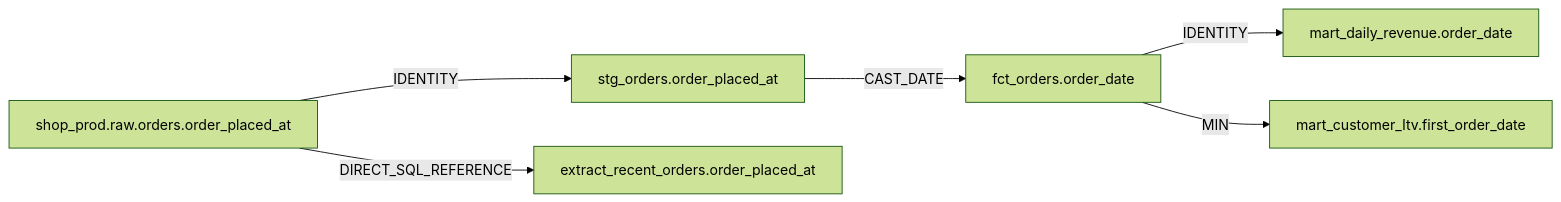
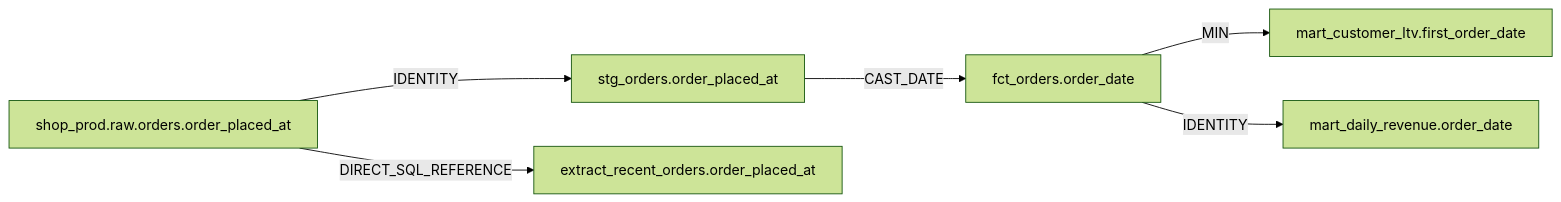
The diagram in examples/rename_order_placed_at/06_pull_request.md (yadneshSalvi/datahub-repair-agent), drawn with Mermaid (forest theme) before and after one commit. The commit also changed other lines of this file and 26 other files, not shown here.

````diff
--- a/examples/rename_order_placed_at/06_pull_request.md
+++ b/examples/rename_order_placed_at/06_pull_request.md
@@ -9,8 +9,8 @@
 ```mermaid
 graph LR
-    n_urn_li_dataset__urn_li_dataPlatform_snowflake_shop_prod_raw_orders_PROD_["shop_prod.raw.orders.order_placed_at"] -->|"IDENTITY"| n_urn_li_dataset__urn_li_dataPlatform_dbt_shop_prod_analytics_stg_orders_PROD_["stg_orders.order_placed_at"]
-    n_urn_li_dataset__urn_li_dataPlatform_dbt_shop_prod_analytics_stg_orders_PROD_["stg_orders.order_placed_at"] -->|"CAST_DATE"| n_urn_li_dataset__urn_li_dataPlatform_dbt_shop_prod_analytics_fct_orders_PROD_["fct_orders.order_date"]
-    n_urn_li_dataset__urn_li_dataPlatform_dbt_shop_prod_analytics_fct_orders_PROD_["fct_orders.order_date"] -->|"IDENTITY"| n_urn_li_dataset__urn_li_dataPlatform_dbt_shop_prod_analytics_mart_daily_revenue_PROD_["mart_daily_revenue.order_date"]
-    n_urn_li_dataset__urn_li_dataPlatform_dbt_shop_prod_analytics_fct_orders_PROD_["fct_orders.order_date"] -->|"MIN"| n_urn_li_dataset__urn_li_dataPlatform_dbt_shop_prod_analytics_mart_customer_ltv_PROD_["mart_customer_ltv.first_order_date"]
-    n_urn_li_dataset__urn_li_dataPlatform_snowflake_shop_prod_raw_orders_PROD_["shop_prod.raw.orders.order_placed_at"] -->|"DIRECT_SQL_REFERENCE"| n_urn_li_dataJob__urn_li_dataFlow__airflow_shopflow_daily_PROD__extract_recent_orders_["extract_recent_orders.order_placed_at"]
+    n0["shop_prod.raw.orders.order_placed_at"] -->|"IDENTITY"| n1["stg_orders.order_placed_at"]
+    n1["stg_orders.order_placed_at"] -->|"CAST_DATE"| n2["fct_orders.order_date"]
+    n2["fct_orders.order_date"] -->|"MIN"| n3["mart_customer_ltv.first_order_date"]
+    n2["fct_orders.order_date"] -->|"IDENTITY"| n4["mart_daily_revenue.order_date"]
+    n0["shop_prod.raw.orders.order_placed_at"] -->|"DIRECT_SQL_REFERENCE"| n5["extract_recent_orders.order_placed_at"]
 ```
````
